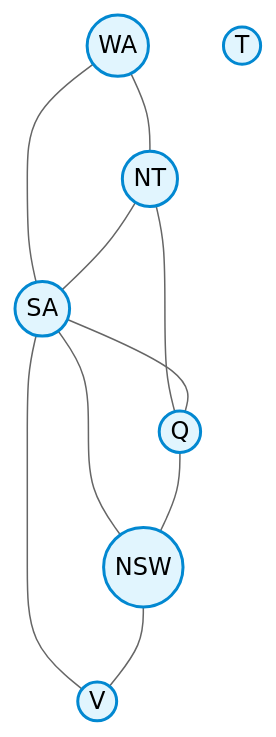
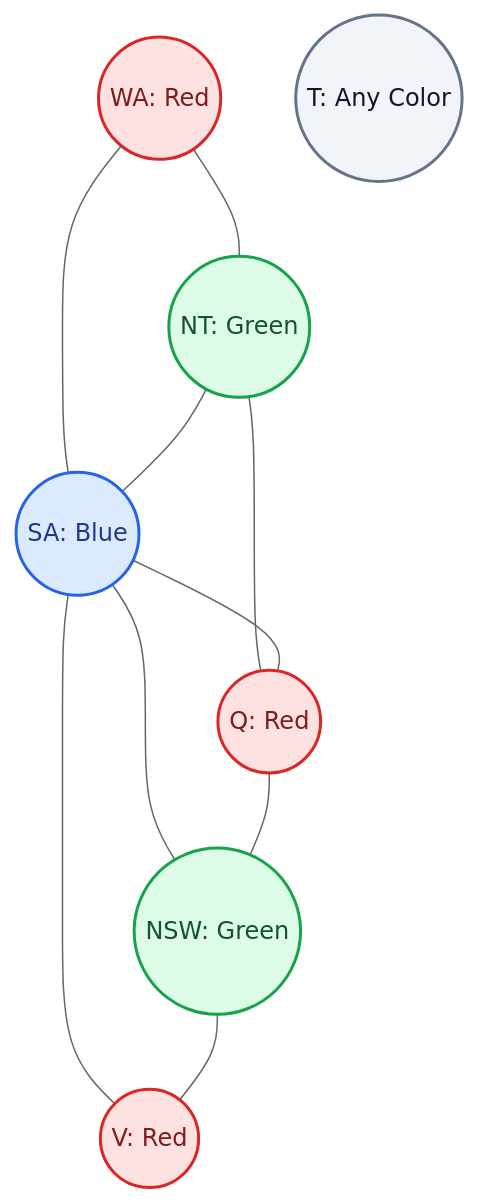
Diagram 17 of 31 in README.md (shimulshoishob/Artificial_Intelligence_CSE366), drawn with Mermaid (neutral theme) before and after one commit. The commit also changed other lines of this file, not shown here.

````diff
--- a/README.md
+++ b/README.md
@@ -952,16 +1076,23 @@
 ```mermaid
 graph TD
-    WA((WA)) --- NT((NT))
-    WA --- SA((SA))
+    WA((WA: Red)) --- NT((NT: Green))
+    WA --- SA((SA: Blue))
     NT --- SA
-    NT --- Q((Q))
+    NT --- Q((Q: Red))
     SA --- Q
-    SA --- NSW((NSW))
-    SA --- V((V))
+    SA --- NSW((NSW: Green))
+    SA --- V((V: Red))
     Q --- NSW
     NSW --- V
-    T((T))
+    T((T: Any Color))
 
-    classDef reg fill:#e1f5fe,stroke:#0288d1,stroke-width:2px;
-    class WA,NT,SA,Q,NSW,V,T reg;
+    classDef rNode fill:#fee2e2,stroke:#dc2626,stroke-width:2px,color:#7f1d1d;
+    classDef gNode fill:#dcfce7,stroke:#16a34a,stroke-width:2px,color:#14532d;
+    classDef bNode fill:#dbeafe,stroke:#2563eb,stroke-width:2px,color:#1e3a8a;
+    classDef tNode fill:#f1f5f9,stroke:#64748b,stroke-width:2px,color:#0f172a;
+
+    class WA,Q,V rNode;
+    class NT,NSW gNode;
+    class SA bNode;
+    class T tNode;
 ```
````
